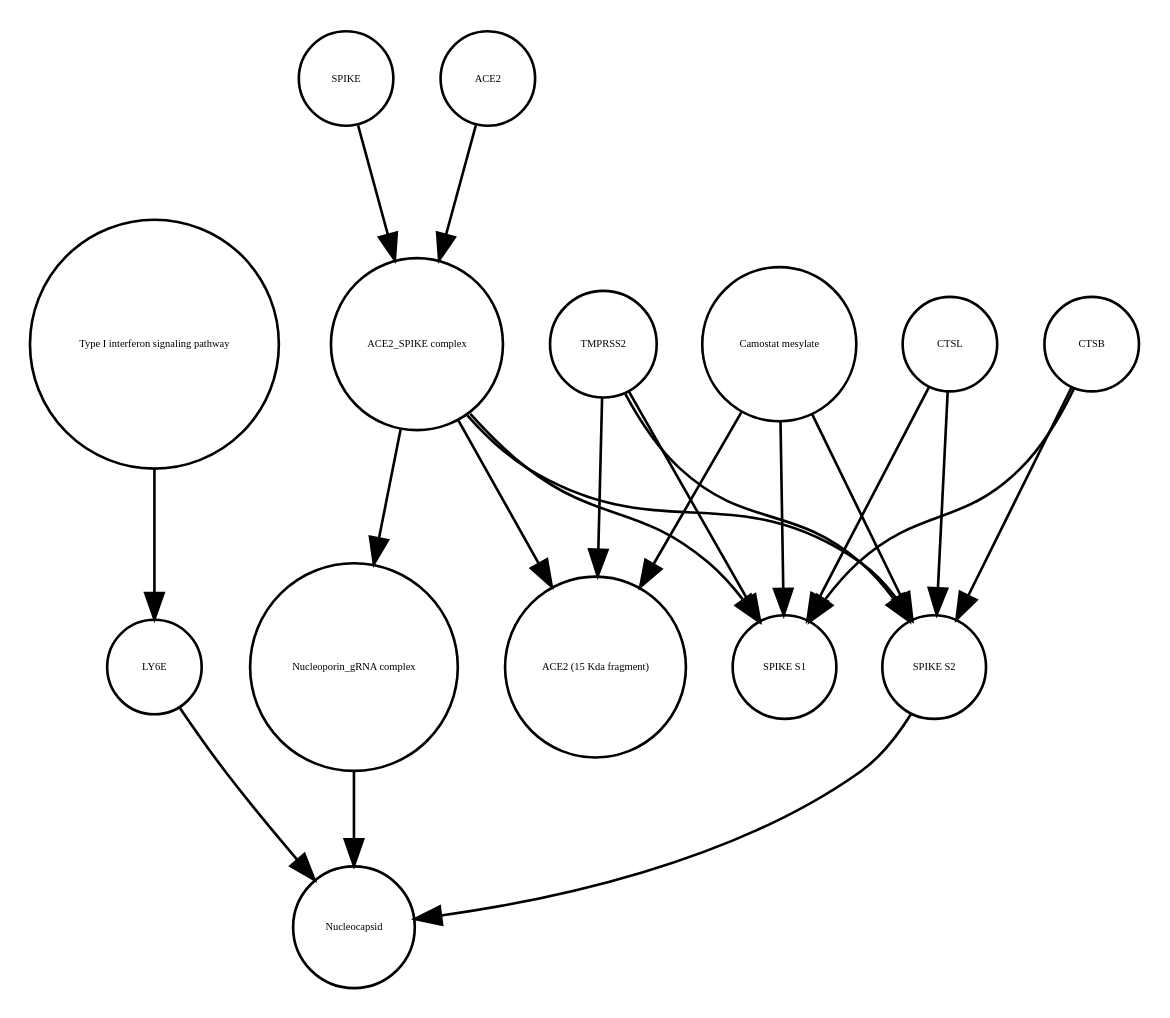
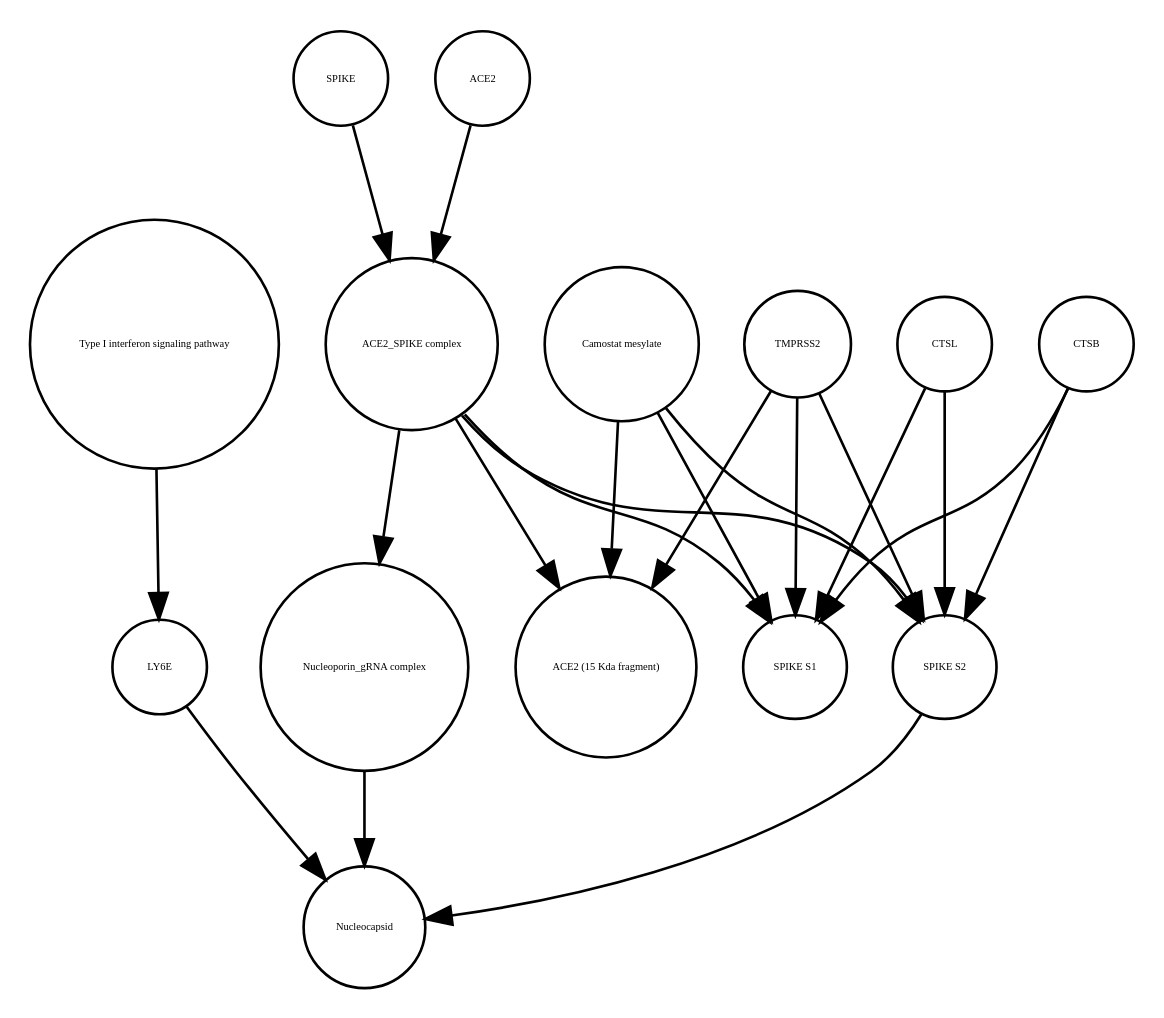
One commit to cannin/covid19-sbgn changed the diagram in Virus_replication_cycle_V01.xml_projected.dot. Above: the diagram before and after it, drawn with Graphviz. The commit also changed other lines of this file and 613 other files, not shown here.

```diff
--- a/Virus_replication_cycle_V01.xml_projected.dot
+++ b/Virus_replication_cycle_V01.xml_projected.dot
@@ -1,36 +1,36 @@
 strict digraph  {
 "Type I interferon signaling pathway" [annotation="", bipartite=0, cls=phenotype, fontsize=4, label="Type I interferon signaling pathway", shape=circle];
 LY6E [annotation="", bipartite=0, cls=macromolecule, fontsize=4, label=LY6E, shape=circle];
+"ACE2 (15 Kda fragment)" [annotation="", bipartite=0, cls=macromolecule, fontsize=4, label="ACE2 (15 Kda fragment)", shape=circle];
+CTSB [annotation="", bipartite=0, cls=macromolecule, fontsize=4, label=CTSB, shape=circle];
+SPIKE [annotation="", bipartite=0, cls="macromolecule multimer", fontsize=4, label=SPIKE, shape=circle];
+ACE2 [annotation="", bipartite=0, cls=macromolecule, fontsize=4, label=ACE2, shape=circle];
 "SPIKE S1" [annotation="", bipartite=0, cls=macromolecule, fontsize=4, label="SPIKE S1", shape=circle];
-"ACE2 (15 Kda fragment)" [annotation="", bipartite=0, cls=macromolecule, fontsize=4, label="ACE2 (15 Kda fragment)", shape=circle];
+"SPIKE S2" [annotation="", bipartite=0, cls=macromolecule, fontsize=4, label="SPIKE S2", shape=circle];
+Nucleocapsid [annotation="", bipartite=0, cls=complex, fontsize=4, label=Nucleocapsid, shape=circle];
+"Camostat mesylate" [annotation="urn_miriam_pubchem.compound_2536", bipartite=0, cls="simple chemical", fontsize=4, label="Camostat mesylate", shape=circle];
+"ACE2_SPIKE complex" [annotation="", bipartite=0, cls=complex, fontsize=4, label="ACE2_SPIKE complex", shape=circle];
 "Nucleoporin_gRNA complex " [annotation="", bipartite=0, cls=complex, fontsize=4, label="Nucleoporin_gRNA complex ", shape=circle];
-CTSB [annotation="", bipartite=0, cls=macromolecule, fontsize=4, label=CTSB, shape=circle];
-"SPIKE S2" [annotation="", bipartite=0, cls=macromolecule, fontsize=4, label="SPIKE S2", shape=circle];
-SPIKE [annotation="", bipartite=0, cls="macromolecule multimer", fontsize=4, label=SPIKE, shape=circle];
 CTSL [annotation="", bipartite=0, cls=macromolecule, fontsize=4, label=CTSL, shape=circle];
-ACE2 [annotation="", bipartite=0, cls=macromolecule, fontsize=4, label=ACE2, shape=circle];
 TMPRSS2 [annotation="", bipartite=0, cls=macromolecule, fontsize=4, label=TMPRSS2, shape=circle];
-"ACE2_SPIKE complex" [annotation="", bipartite=0, cls=complex, fontsize=4, label="ACE2_SPIKE complex", shape=circle];
-"Camostat mesylate" [annotation="urn_miriam_pubchem.compound_2536", bipartite=0, cls="simple chemical", fontsize=4, label="Camostat mesylate", shape=circle];
-Nucleocapsid [annotation="", bipartite=0, cls=complex, fontsize=4, label=Nucleocapsid, shape=circle];
 "Type I interferon signaling pathway" -> LY6E  [annotation="", interaction_type=stimulation];
 LY6E -> Nucleocapsid  [annotation="urn_miriam_doi_10.1101%2F2020.03.05.979260|urn_miriam_pubmed_32142651|urn_miriam_pubmed_32094589", interaction_type=inhibition];
-"Nucleoporin_gRNA complex " -> Nucleocapsid  [annotation="", interaction_type=production];
 CTSB -> "SPIKE S2"  [annotation=urn_miriam_pubmed_32142651, interaction_type=catalysis];
 CTSB -> "SPIKE S1"  [annotation=urn_miriam_pubmed_32142651, interaction_type=catalysis];
+SPIKE -> "ACE2_SPIKE complex"  [annotation="", interaction_type=production];
+ACE2 -> "ACE2_SPIKE complex"  [annotation="", interaction_type=production];
 "SPIKE S2" -> Nucleocapsid  [annotation="urn_miriam_doi_10.1101%2F2020.03.05.979260|urn_miriam_pubmed_32142651|urn_miriam_pubmed_32094589", interaction_type=stimulation];
-SPIKE -> "ACE2_SPIKE complex"  [annotation="", interaction_type=production];
+"Camostat mesylate" -> "ACE2 (15 Kda fragment)"  [annotation="urn_miriam_pubmed_32142651|urn_miriam_pubmed_32094589|urn_miriam_pubmed_24227843", interaction_type=inhibition];
+"Camostat mesylate" -> "SPIKE S2"  [annotation="urn_miriam_pubmed_32142651|urn_miriam_pubmed_32094589|urn_miriam_pubmed_24227843", interaction_type=inhibition];
+"Camostat mesylate" -> "SPIKE S1"  [annotation="urn_miriam_pubmed_32142651|urn_miriam_pubmed_32094589|urn_miriam_pubmed_24227843", interaction_type=inhibition];
+"ACE2_SPIKE complex" -> "ACE2 (15 Kda fragment)"  [annotation="", interaction_type=production];
+"ACE2_SPIKE complex" -> "SPIKE S2"  [annotation="", interaction_type=production];
+"ACE2_SPIKE complex" -> "SPIKE S1"  [annotation="", interaction_type=production];
+"ACE2_SPIKE complex" -> "Nucleoporin_gRNA complex "  [annotation="urn_miriam_pubmed_32142651|urn_miriam_pubmed_32094589", interaction_type=stimulation];
+"Nucleoporin_gRNA complex " -> Nucleocapsid  [annotation="", interaction_type=production];
 CTSL -> "SPIKE S2"  [annotation=urn_miriam_pubmed_32142651, interaction_type=catalysis];
 CTSL -> "SPIKE S1"  [annotation=urn_miriam_pubmed_32142651, interaction_type=catalysis];
-ACE2 -> "ACE2_SPIKE complex"  [annotation="", interaction_type=production];
+TMPRSS2 -> "ACE2 (15 Kda fragment)"  [annotation="urn_miriam_pubmed_32142651|urn_miriam_pubmed_32094589|urn_miriam_pubmed_24227843", interaction_type=catalysis];
 TMPRSS2 -> "SPIKE S2"  [annotation="urn_miriam_pubmed_32142651|urn_miriam_pubmed_32094589|urn_miriam_pubmed_24227843", interaction_type=catalysis];
-TMPRSS2 -> "ACE2 (15 Kda fragment)"  [annotation="urn_miriam_pubmed_32142651|urn_miriam_pubmed_32094589|urn_miriam_pubmed_24227843", interaction_type=catalysis];
 TMPRSS2 -> "SPIKE S1"  [annotation="urn_miriam_pubmed_32142651|urn_miriam_pubmed_32094589|urn_miriam_pubmed_24227843", interaction_type=catalysis];
-"ACE2_SPIKE complex" -> "SPIKE S2"  [annotation="", interaction_type=production];
-"ACE2_SPIKE complex" -> "ACE2 (15 Kda fragment)"  [annotation="", interaction_type=production];
-"ACE2_SPIKE complex" -> "SPIKE S1"  [annotation="", interaction_type=production];
-"ACE2_SPIKE complex" -> "Nucleoporin_gRNA complex "  [annotation="urn_miriam_pubmed_32142651|urn_miriam_pubmed_32094589", interaction_type=stimulation];
-"Camostat mesylate" -> "SPIKE S2"  [annotation="urn_miriam_pubmed_32142651|urn_miriam_pubmed_32094589|urn_miriam_pubmed_24227843", interaction_type=inhibition];
-"Camostat mesylate" -> "ACE2 (15 Kda fragment)"  [annotation="urn_miriam_pubmed_32142651|urn_miriam_pubmed_32094589|urn_miriam_pubmed_24227843", interaction_type=inhibition];
-"Camostat mesylate" -> "SPIKE S1"  [annotation="urn_miriam_pubmed_32142651|urn_miriam_pubmed_32094589|urn_miriam_pubmed_24227843", interaction_type=inhibition];
 }
```
